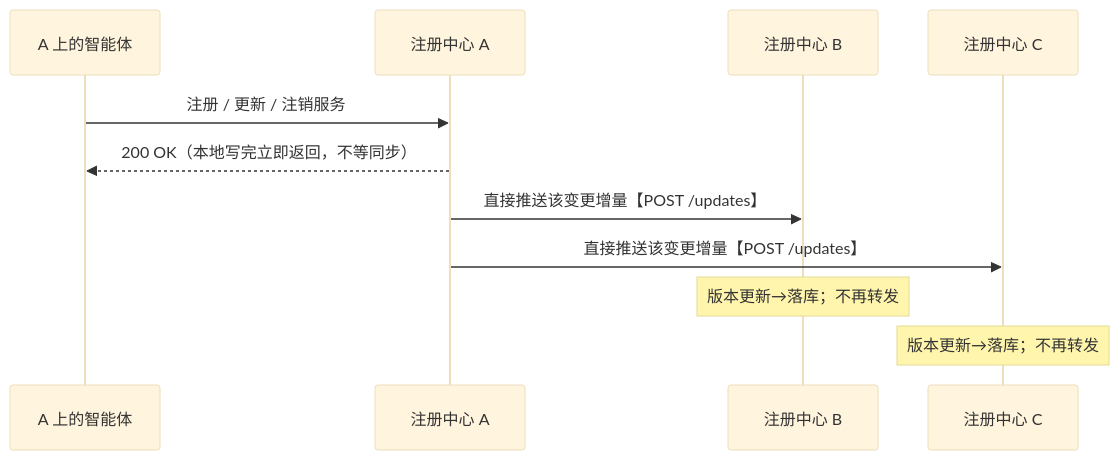
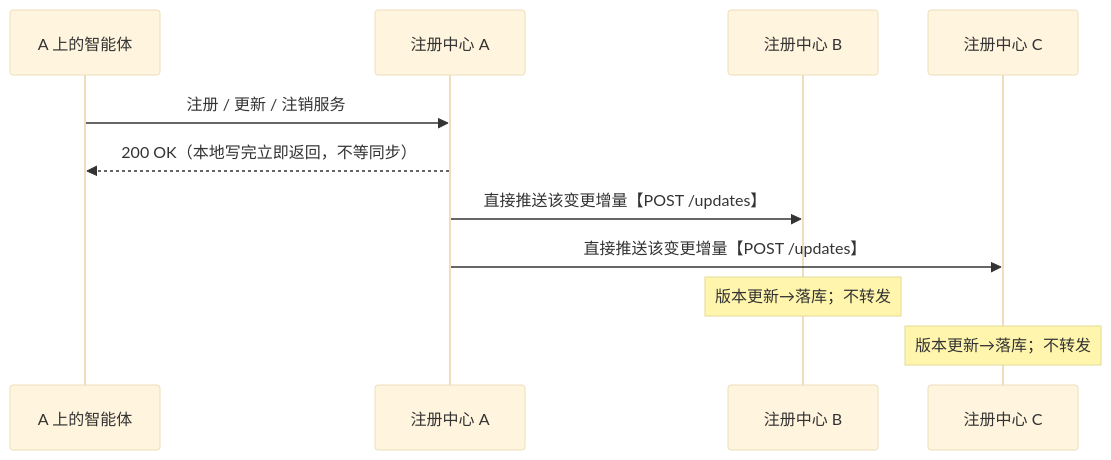
The second of 6 diagrams in docs/cluster_design.md (Weizheng96/A2X-registry), drawn with Mermaid (base theme) before and after one commit. The commit also changed other lines of this file and 6 other files, not shown here.

````diff
--- a/docs/cluster_design.md
+++ b/docs/cluster_design.md
@@ -93,13 +93,13 @@
 ```mermaid
 sequenceDiagram
     participant Ag as A 上的智能体
     participant A as 注册中心 A
     participant B as 注册中心 B
     participant C as 注册中心 C
     Ag->>A: 注册 / 更新 / 注销服务
     A-->>Ag: 200 OK（本地写完立即返回，不等同步）
     A->>B: 直接推送该变更增量【POST /updates】
     A->>C: 直接推送该变更增量【POST /updates】
-    Note over B: 版本更新→落库；不再转发
-    Note over C: 版本更新→落库；不再转发
+    Note over B: 版本更新→落库；不转发
+    Note over C: 版本更新→落库；不转发
 ```
````
